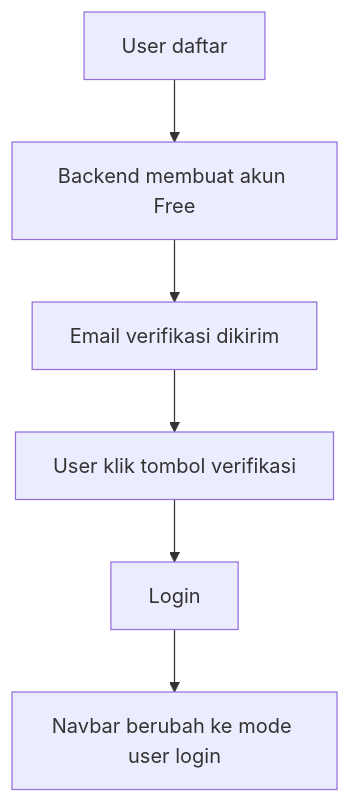
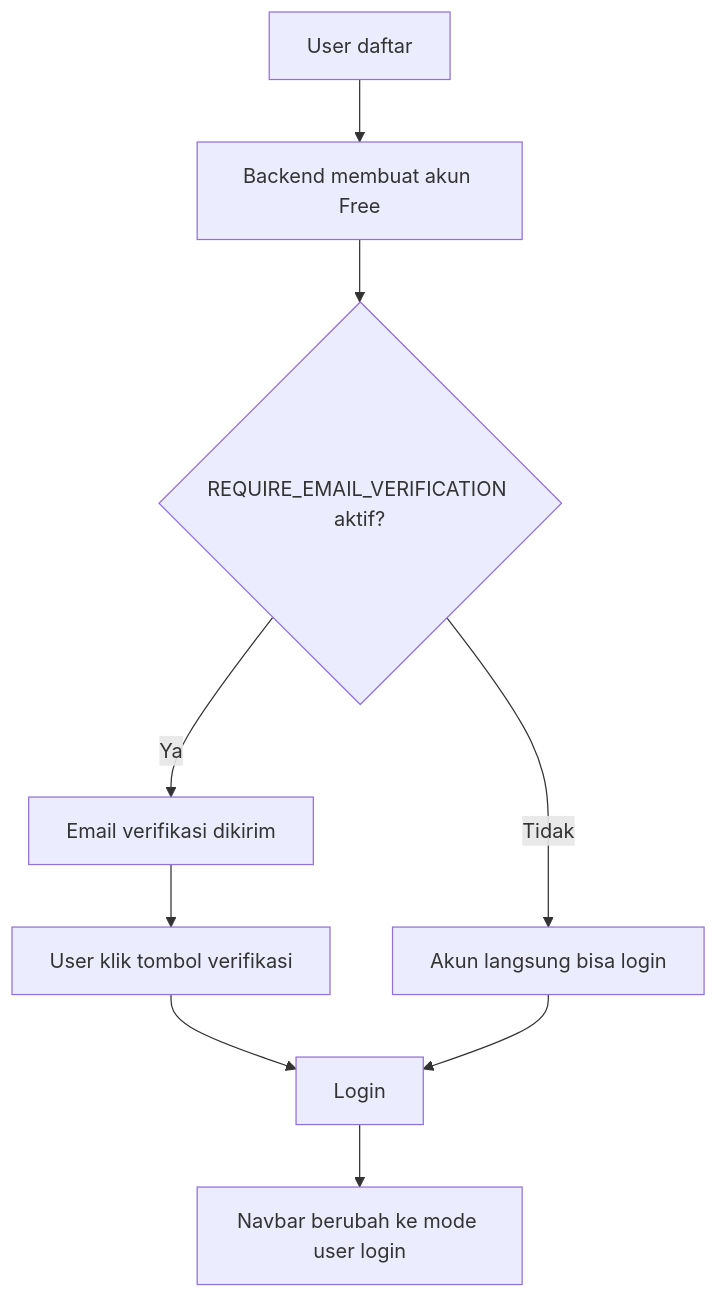
The second of 11 diagrams in USER_FLOW.md (alfharisqi/flixprojectgroup5celerates), drawn with Mermaid before and after one commit. The commit also changed other lines of this file and 5 other files, not shown here.

````diff
--- a/USER_FLOW.md
+++ b/USER_FLOW.md
@@ -21,8 +21,11 @@
 ```mermaid
 flowchart TD
   A["User daftar"] --> B["Backend membuat akun Free"]
-  B --> C["Email verifikasi dikirim"]
-  C --> D["User klik tombol verifikasi"]
-  D --> E["Login"]
-  E --> F["Navbar berubah ke mode user login"]
+  B --> C{"REQUIRE_EMAIL_VERIFICATION aktif?"}
+  C -- "Ya" --> D["Email verifikasi dikirim"]
+  D --> E["User klik tombol verifikasi"]
+  C -- "Tidak" --> F["Akun langsung bisa login"]
+  E --> G["Login"]
+  F --> G
+  G --> H["Navbar berubah ke mode user login"]
 ```
````
